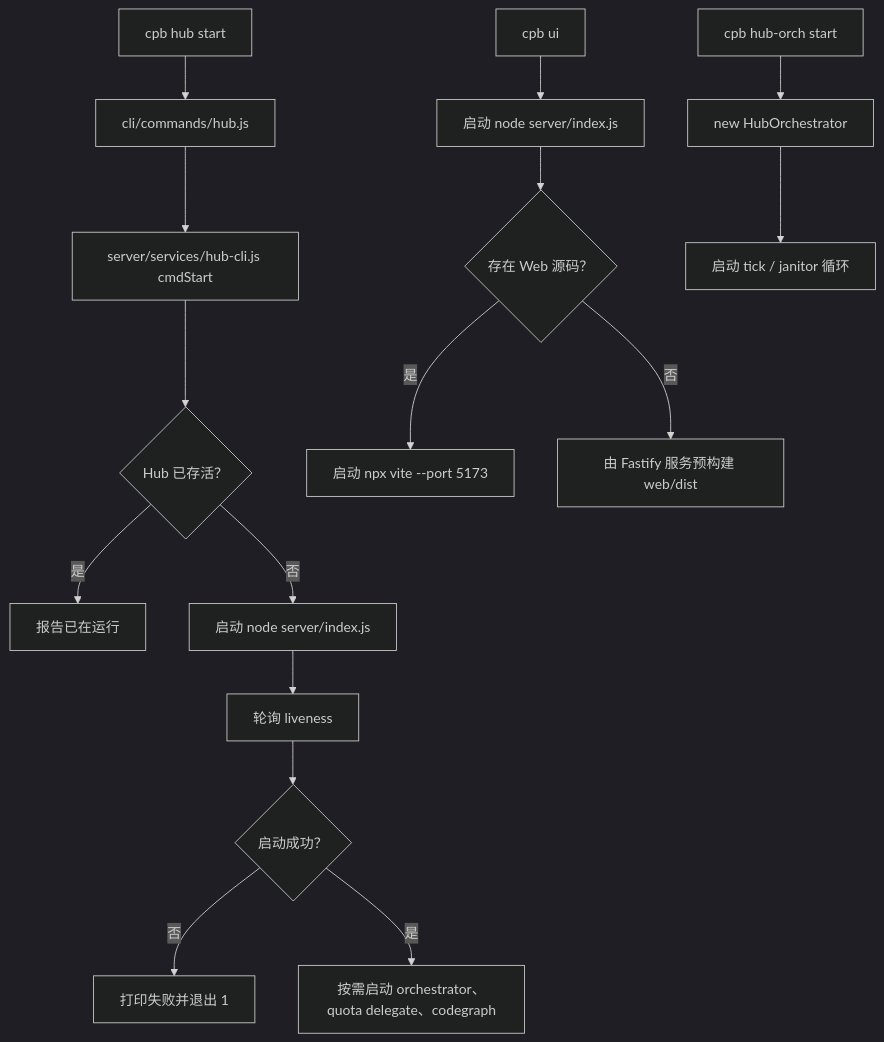
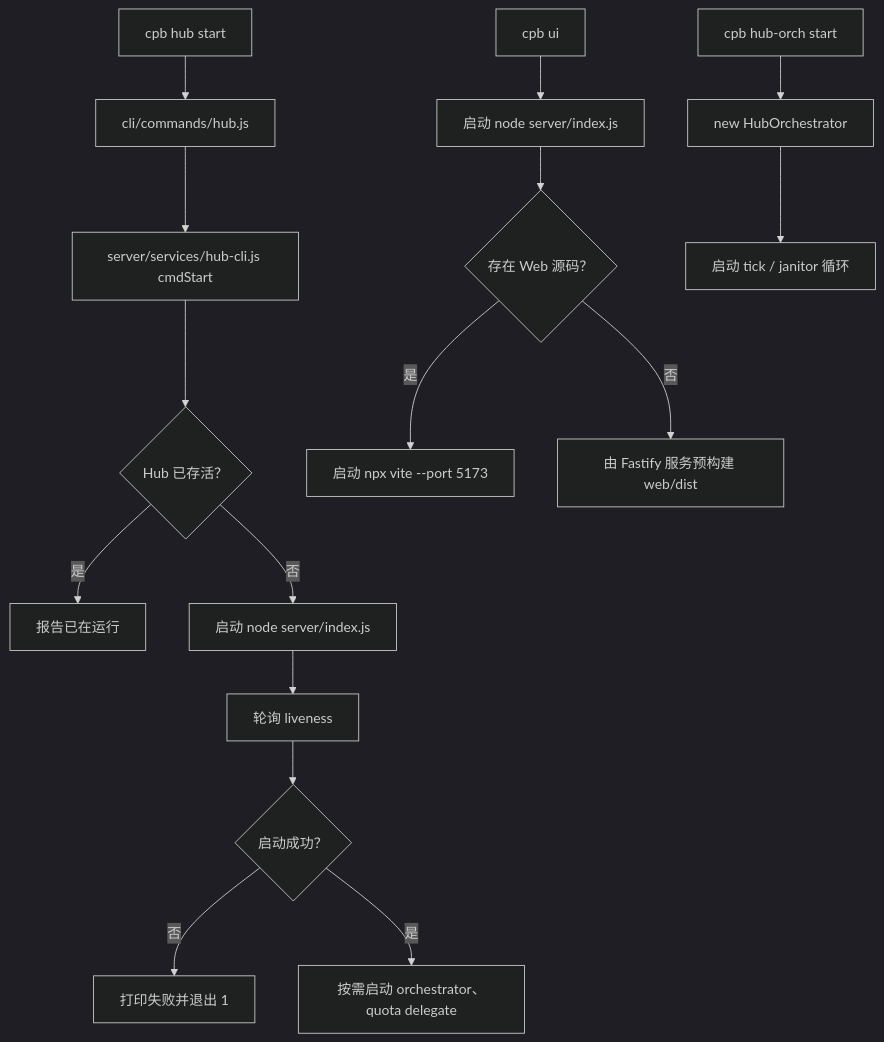
Before and after one commit to changw98ic/codepatchbay: the fifth of 21 diagrams in docs/architecture/unit-flowcharts.md, drawn with Mermaid (dark theme). The commit also changed 232 other files, not shown here.

````diff
--- a/docs/architecture/unit-flowcharts.md
+++ b/docs/architecture/unit-flowcharts.md
@@ -165,20 +165,20 @@
 ```mermaid
 flowchart TD
   A["cpb hub start"] --> B["cli/commands/hub.js"]
   B --> C["server/services/hub-cli.js cmdStart"]
   C --> D{"Hub 已存活？"}
   D -->|"是"| E["报告已在运行"]
   D -->|"否"| F["启动 node server/index.js"]
   F --> G["轮询 liveness"]
   G --> H{"启动成功？"}
   H -->|"否"| I["打印失败并退出 1"]
-  H -->|"是"| J["按需启动 orchestrator、quota delegate、codegraph"]
+  H -->|"是"| J["按需启动 orchestrator、quota delegate"]
 
   K["cpb ui"] --> L["启动 node server/index.js"]
   L --> M{"存在 Web 源码？"}
   M -->|"是"| N["启动 npx vite --port 5173"]
   M -->|"否"| O["由 Fastify 服务预构建 web/dist"]
 
   P["cpb hub-orch start"] --> Q["new HubOrchestrator"]
   Q --> R["启动 tick / janitor 循环"]
 ```
````
